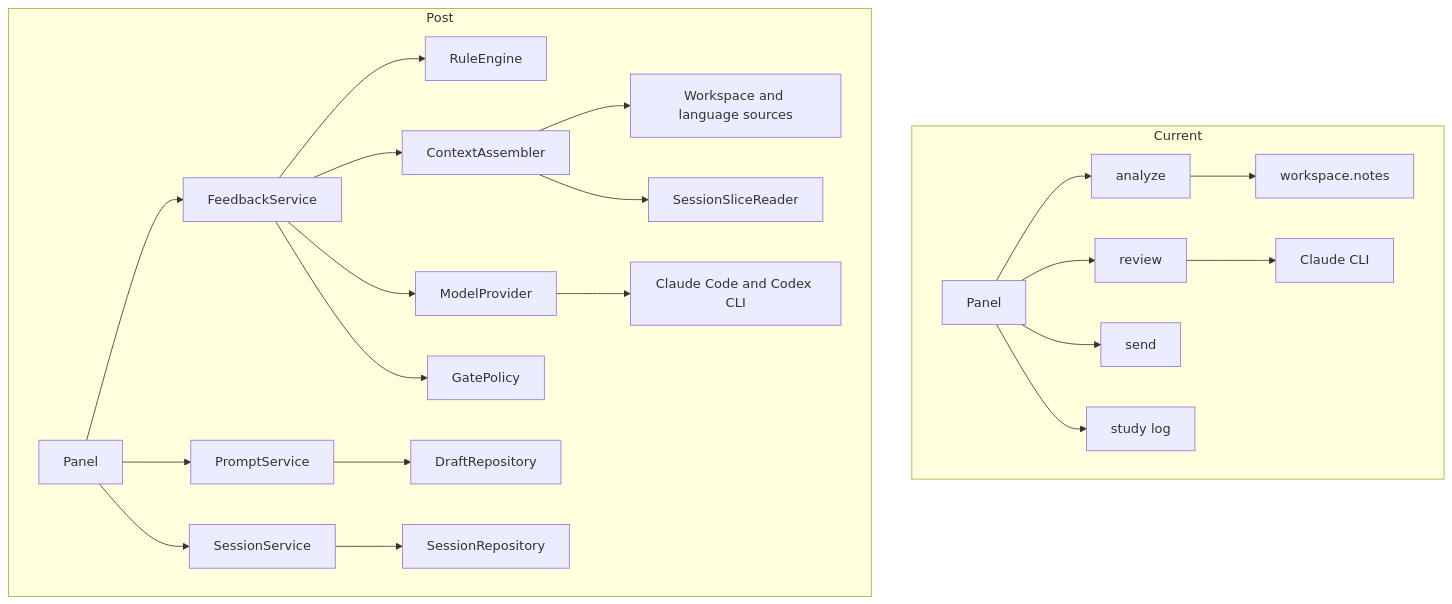
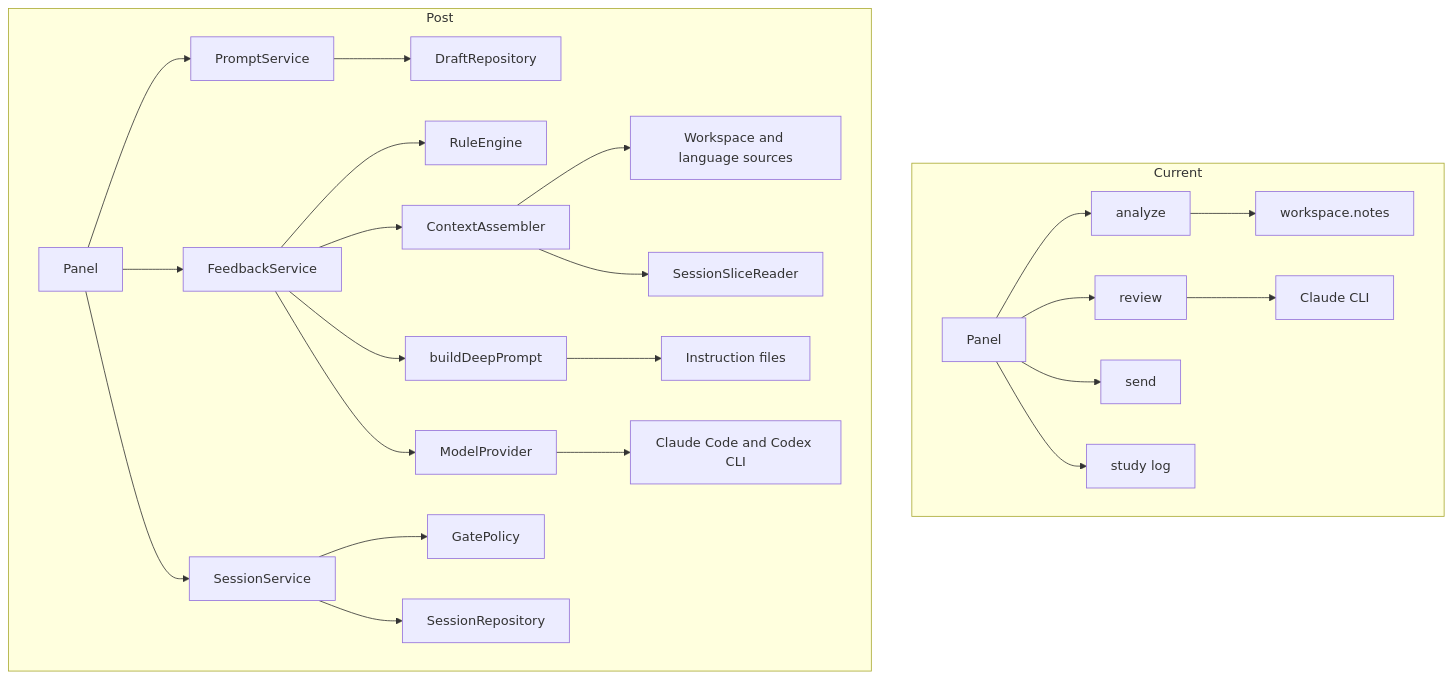
Before and after one commit to Diekgbbtt/Preflight: the first of 4 diagrams in docs/LLD.md, drawn with Mermaid. The commit also changed other lines of this file, not shown here.

````diff
--- a/docs/LLD.md
+++ b/docs/LLD.md
@@ -9,25 +9,27 @@
 ```mermaid
 flowchart TB
   subgraph Current
     P1[Panel] --> A1[analyze]
     P1 --> R1[review]
     A1 --> W1[workspace.notes]
     R1 --> C1[Claude CLI]
     P1 --> S1[send]
     P1 --> L1[study log]
   end
   subgraph Post
     P2[Panel] --> PS[PromptService]
     P2 --> FS[FeedbackService]
     P2 --> SS[SessionService]
     FS --> RE[RuleEngine]
     FS --> CA[ContextAssembler]
+    FS --> DP[buildDeepPrompt]
+    DP --> IF[Instruction files]
     FS --> MP[ModelProvider]
-    FS --> GP[GatePolicy]
+    SS --> GP[GatePolicy]
     PS --> DR[DraftRepository]
     SS --> SR[SessionRepository]
     CA --> WS[Workspace and language sources]
     CA --> SL[SessionSliceReader]
     MP --> CLI[Claude Code and Codex CLI]
   end
 ```
````
